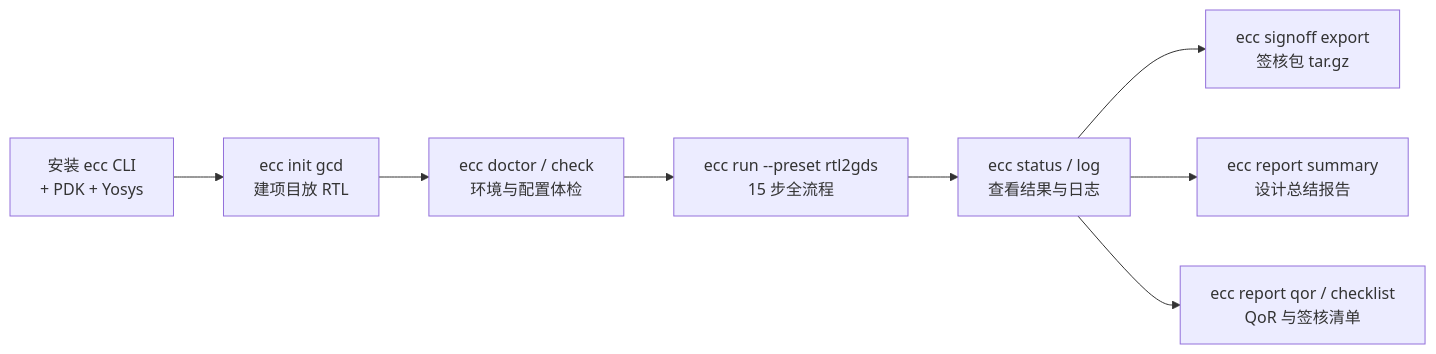
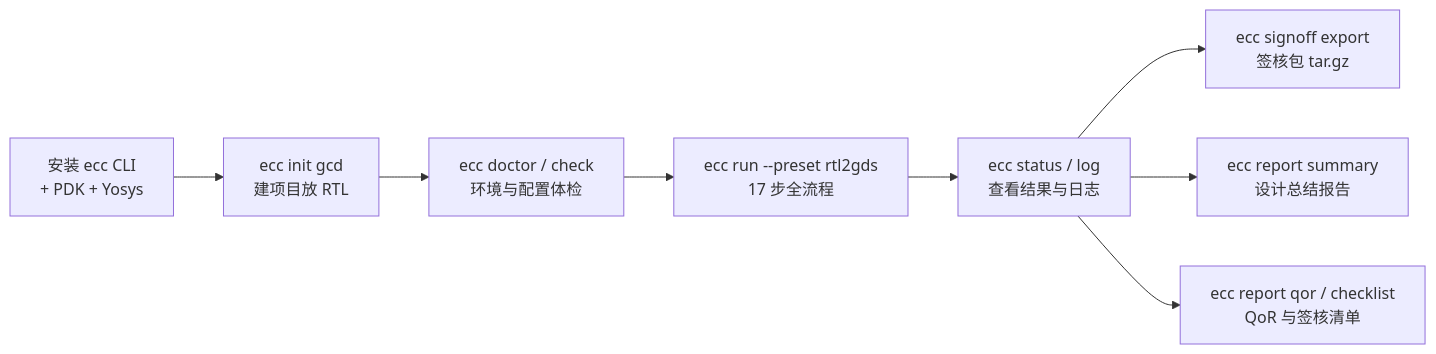
One commit to openecos-projects/ecc changed the first of 2 diagrams in chipcompiler/docs/ecc-tutorial.cn.md. Above: the diagram before and after it, drawn with Mermaid. The commit also changed other lines of this file and 60 other files, not shown here.

First line of the commit message:
feat(flow): add DreamPlace macro placement step (#247)

````diff
--- a/chipcompiler/docs/ecc-tutorial.cn.md
+++ b/chipcompiler/docs/ecc-tutorial.cn.md
@@ -15,10 +15,10 @@
 ```mermaid
 graph LR
     A[安装 ecc CLI<br/>+ PDK + Yosys] --> B[ecc init gcd<br/>建项目放 RTL]
     B --> C[ecc doctor / check<br/>环境与配置体检]
-    C --> D[ecc run --preset rtl2gds<br/>15 步全流程]
+    C --> D[ecc run --preset rtl2gds<br/>17 步全流程]
     D --> E[ecc status / log<br/>查看结果与日志]
     E --> F[ecc signoff export<br/>签核包 tar.gz]
     E --> G[ecc report summary<br/>设计总结报告]
     E --> H[ecc report qor / checklist<br/>QoR 与签核清单]
 ```
````
